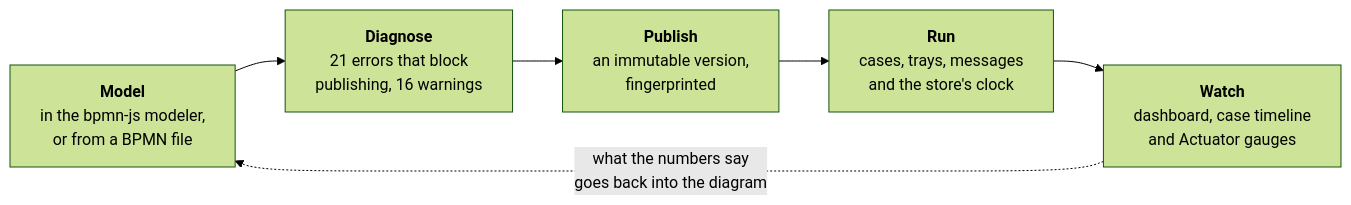
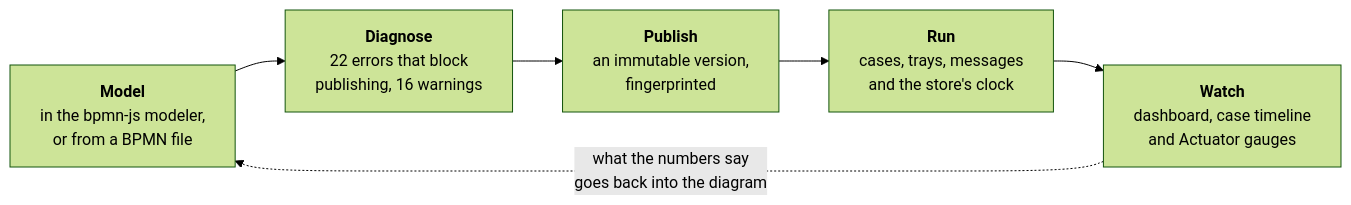
The first of 3 diagrams in README.md (AndresContreras1/bpmn-process-manager-api), drawn with Mermaid (forest theme) before and after one commit. The commit also changed other lines of this file and 10 other files, not shown here.

````diff
--- a/README.md
+++ b/README.md
@@ -38,11 +38,11 @@
 ```mermaid
 flowchart LR
     M["<b>Model</b><br/>in the bpmn-js modeler,<br/>or from a BPMN file"]
-    D["<b>Diagnose</b><br/>21 errors that block<br/>publishing, 16 warnings"]
+    D["<b>Diagnose</b><br/>22 errors that block<br/>publishing, 16 warnings"]
     P["<b>Publish</b><br/>an immutable version,<br/>fingerprinted"]
     R["<b>Run</b><br/>cases, trays, messages<br/>and the store's clock"]
     W["<b>Watch</b><br/>dashboard, case timeline<br/>and Actuator gauges"]
 
     M --> D --> P --> R --> W
     W -. "what the numbers say<br/>goes back into the diagram" .-> M
 ```
````
